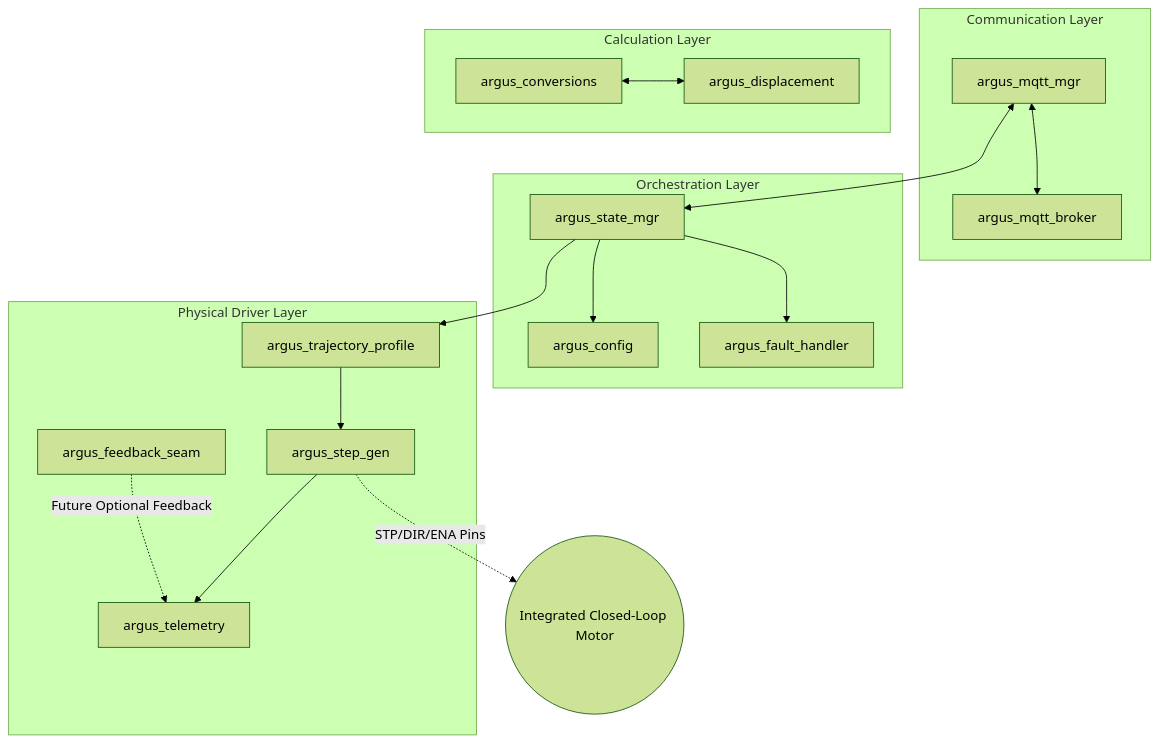
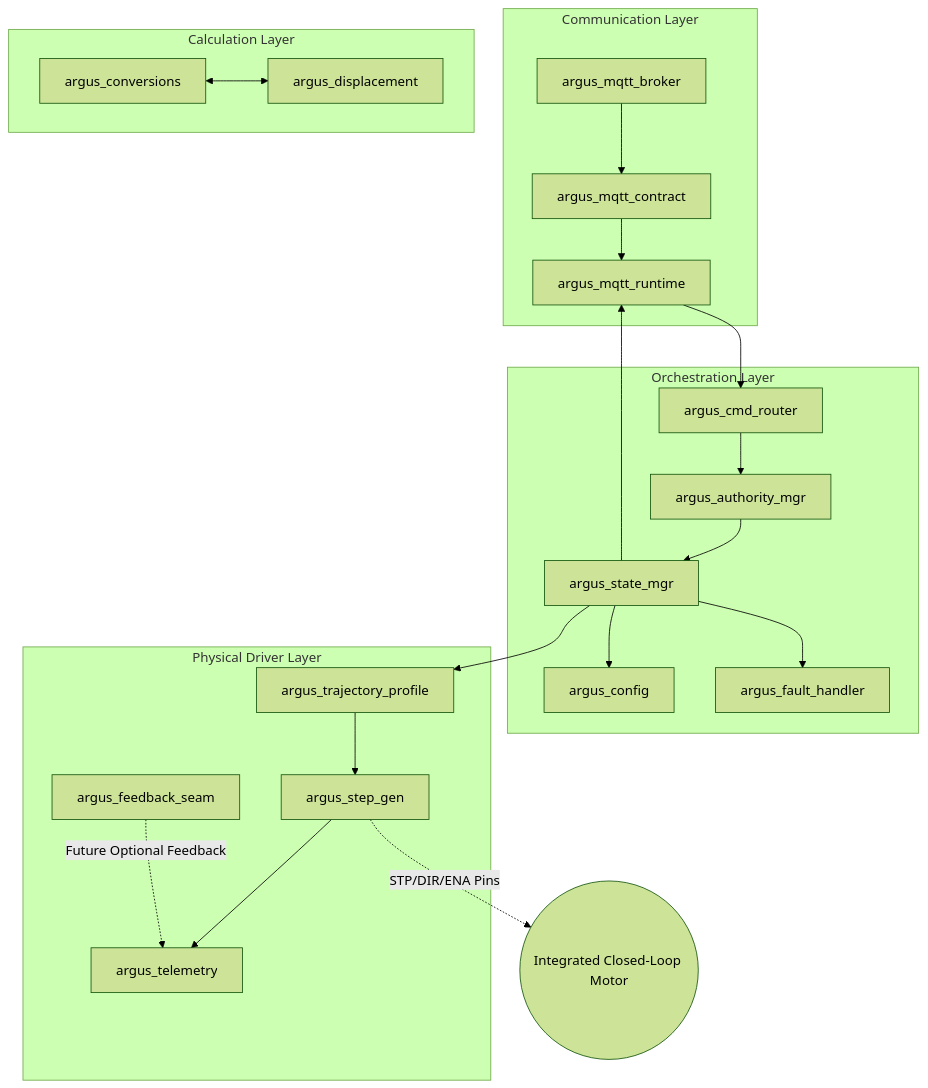
The diagram in docs/V2_CONTROLLER_ARCHITECTURE.md (bounty013-glitch/ArgusControl_PumpController-V2), drawn with Mermaid (forest theme) before and after one commit. The commit also changed other lines of this file and 7 other files, not shown here.

````diff
--- a/docs/V2_CONTROLLER_ARCHITECTURE.md
+++ b/docs/V2_CONTROLLER_ARCHITECTURE.md
@@ -9,21 +9,25 @@
 ```mermaid
 graph TD
     subgraph Communication Layer
-        MQTT[argus_mqtt_mgr] <--> Broker[argus_mqtt_broker]
+        Broker[argus_mqtt_broker] --> Contract[argus_mqtt_contract]
+        Contract --> Runtime[argus_mqtt_runtime]
     end
     subgraph Orchestration Layer
+        Router[argus_cmd_router] --> Authority[argus_authority_mgr]
+        Authority --> SM[argus_state_mgr]
         SM[argus_state_mgr] --> Config[argus_config]
         SM --> Fault[argus_fault_handler]
     end
     subgraph Calculation Layer
         Conv[argus_conversions] <--> Displacement[argus_displacement]
     end
     subgraph Physical Driver Layer
         Profile[argus_trajectory_profile] --> StepGen[argus_step_gen]
         StepGen --> Telemetry[argus_telemetry]
         FeedbackSeam[argus_feedback_seam] -.-> |Future Optional Feedback| Telemetry
     end
-    MQTT <--> SM
+    Runtime --> Router
+    SM --> Runtime
     SM --> Profile
     StepGen -.-> |STP/DIR/ENA Pins| Motor((Integrated Closed-Loop Motor))
 ```
````
